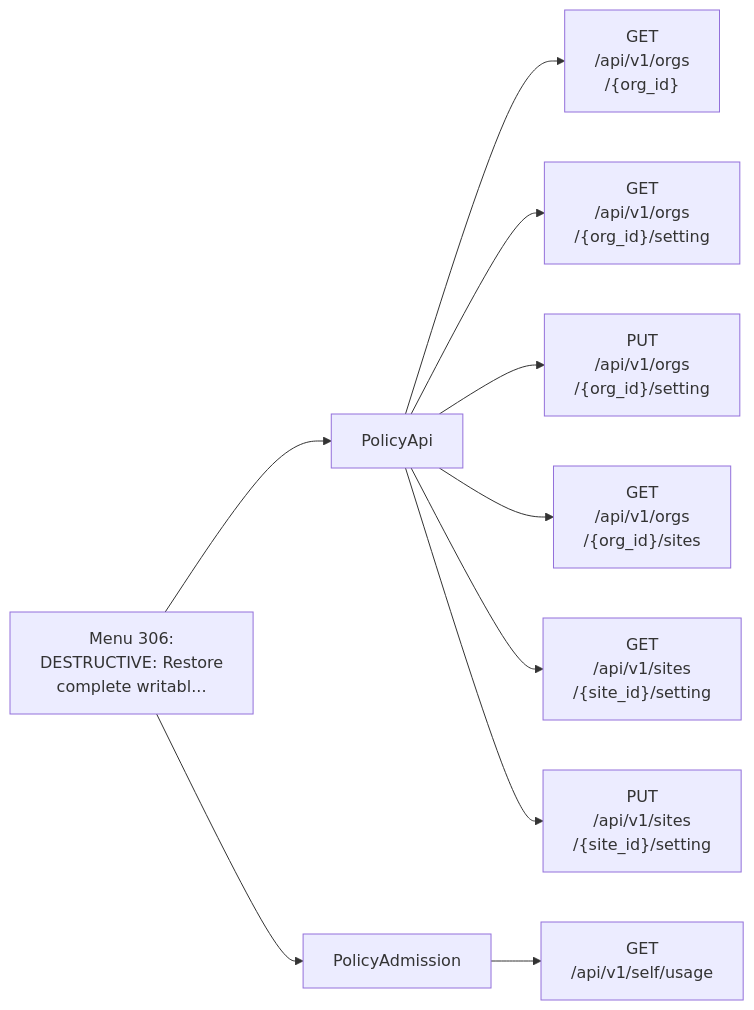
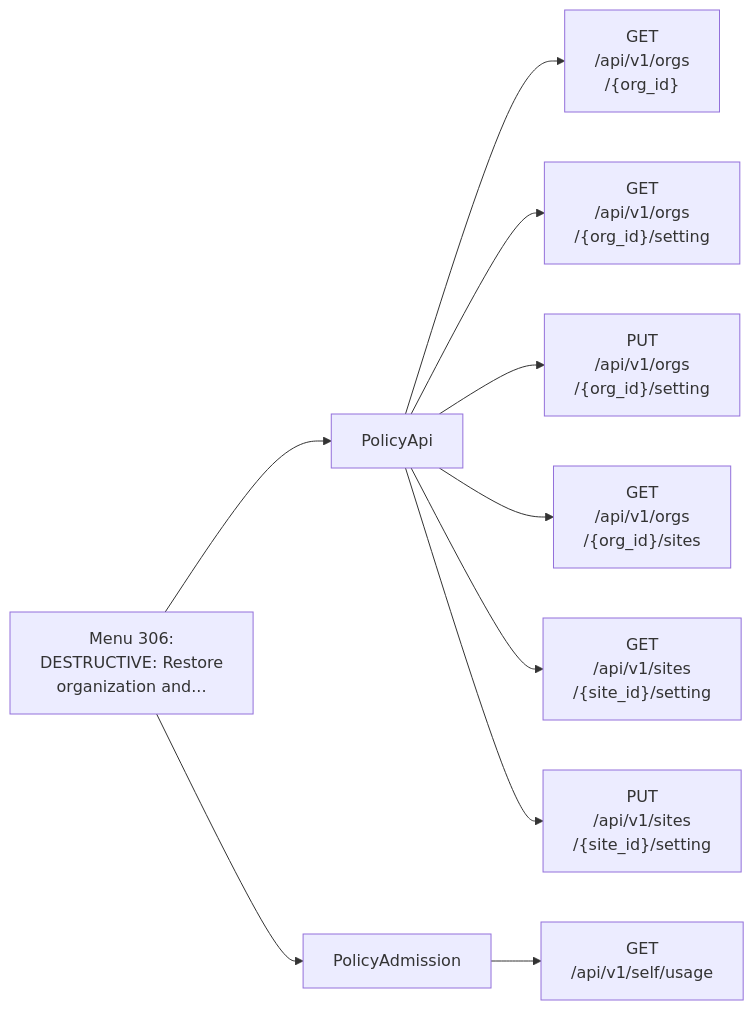
One commit to jmorrison-juniper/MistHelper changed diagram 33 of 33 in documentation/menu-api/destructive.md. Above: the diagram before and after it, drawn with Mermaid. The commit also changed other lines of this file and 34 other files, not shown here.

````diff
--- a/documentation/menu-api/destructive.md
+++ b/documentation/menu-api/destructive.md
@@ -1159,13 +1159,13 @@
 ```mermaid
 flowchart LR
-    menu["Menu 306:<br/>DESTRUCTIVE: Restore<br/>complete writabl..."]
+    menu["Menu 306:<br/>DESTRUCTIVE: Restore<br/>organization and..."]
     menu --> c1["PolicyApi"]
     c1 --> e1["GET<br/>/api/v1/orgs<br/>/{org_id}"]
     c1 --> e2["GET<br/>/api/v1/orgs<br/>/{org_id}/setting"]
     c1 --> e3["PUT<br/>/api/v1/orgs<br/>/{org_id}/setting"]
     c1 --> e4["GET<br/>/api/v1/orgs<br/>/{org_id}/sites"]
     c1 --> e5["GET<br/>/api/v1/sites<br/>/{site_id}/setting"]
     c1 --> e6["PUT<br/>/api/v1/sites<br/>/{site_id}/setting"]
     menu --> c2["PolicyAdmission"]
     c2 --> e7["GET<br/>/api/v1/self/usage"]
 ```
````
